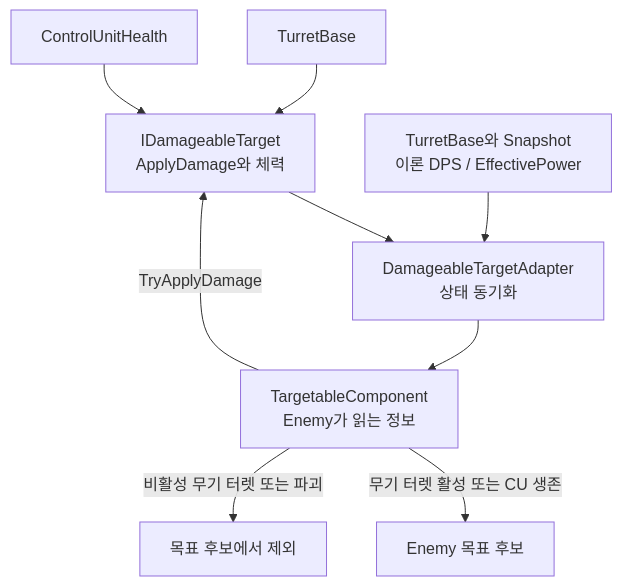
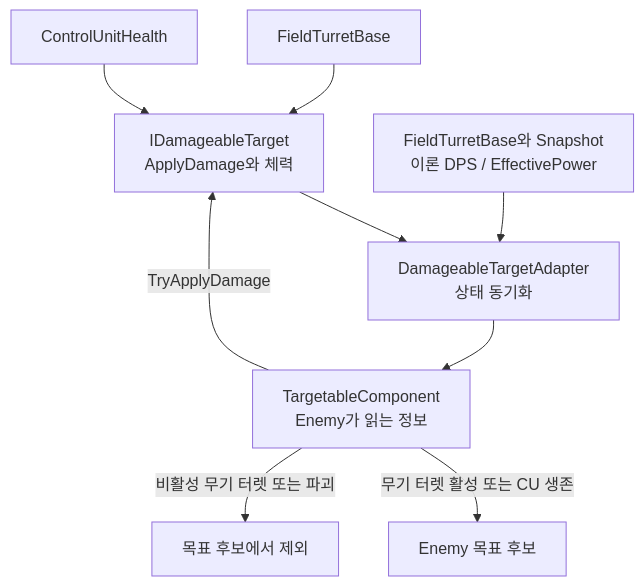
Diagram 15 of 17 in Docs/architecture/turret-system-guide.md (Team-HJD-21/unity-6-the-developer), drawn with Mermaid before and after one commit. The commit also changed other lines of this file and 12 other files, not shown here.

Commit message:
docs(field-turret): update names and migration guide

````diff
--- a/Docs/architecture/turret-system-guide.md
+++ b/Docs/architecture/turret-system-guide.md
@@ -647,12 +649,12 @@
 ```mermaid
 flowchart TD
     Contract["IDamageableTarget<br>ApplyDamage와 체력"]
-    Base["TurretBase"] --> Contract
+    Base["FieldTurretBase"] --> Contract
     CU["ControlUnitHealth"] --> Contract
     Contract --> Adapter["DamageableTargetAdapter<br>상태 동기화"]
-    Efficiency["TurretBase와 Snapshot<br>이론 DPS / EffectivePower"] --> Adapter
+    Efficiency["FieldTurretBase와 Snapshot<br>이론 DPS / EffectivePower"] --> Adapter
     Adapter --> Targetable["TargetableComponent<br>Enemy가 읽는 정보"]
     Targetable -->|"TryApplyDamage"| Contract
     Targetable -->|"무기 터렛 활성 또는 CU 생존"| Enemy["Enemy 목표 후보"]
     Targetable -->|"비활성 무기 터렛 또는 파괴"| Excluded["목표 후보에서 제외"]
 ```
````
